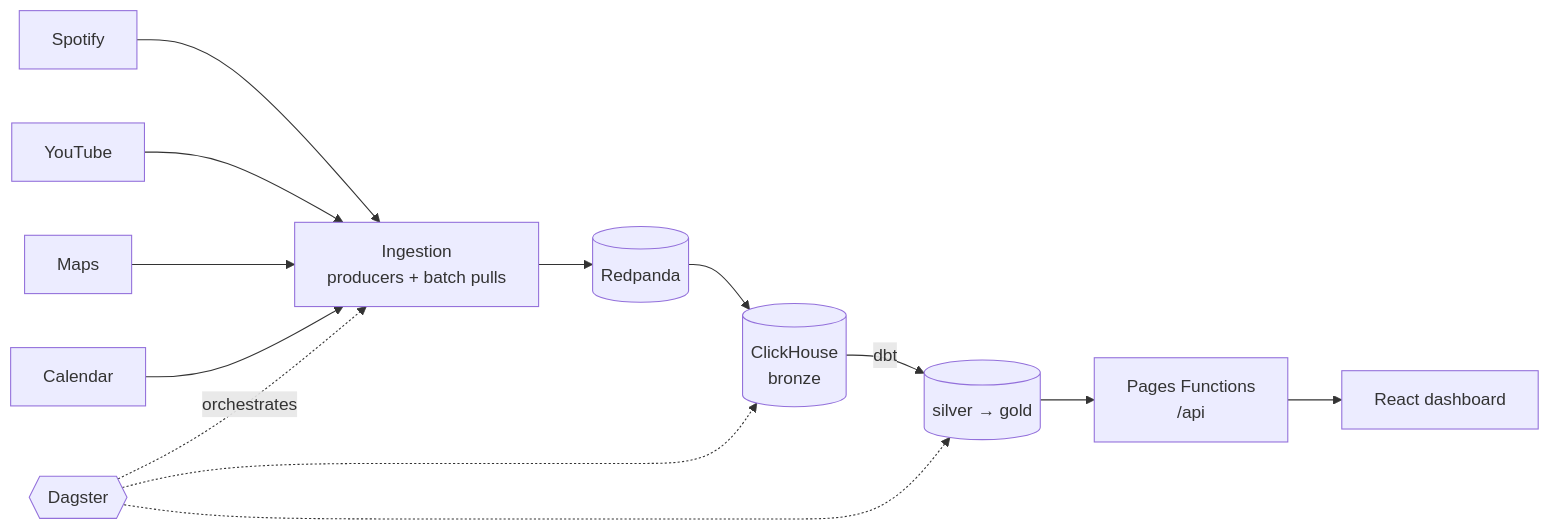
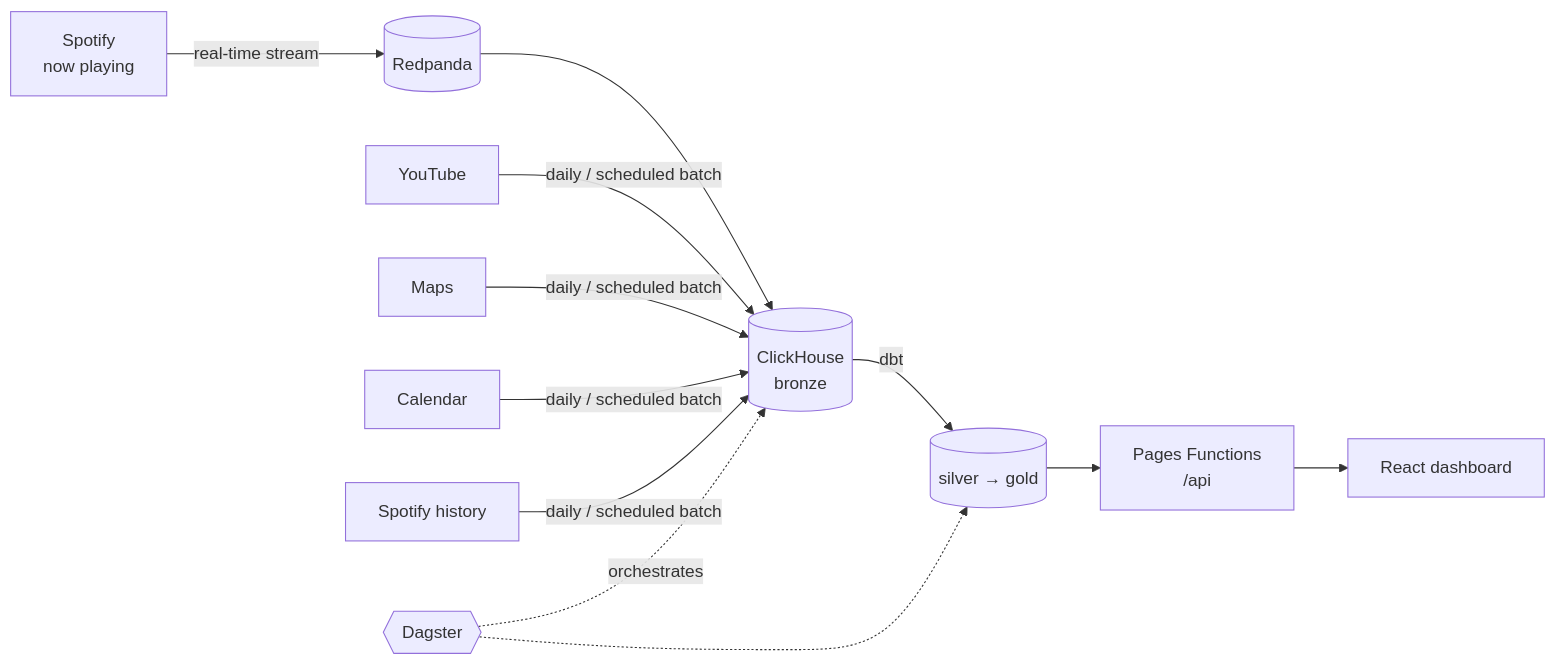
One commit to LucaLiverani/mylife-in-data changed the diagram in README.md. Above: the diagram before and after it, drawn with Mermaid. The commit also changed other lines of this file and 1 other file, not shown here.

Commit message:
docs: correct Redpanda scope to the Spotify now-playing stream
Redpanda only transports the real-time Spotify "now playing" signal (spotify.player.current -> ClickHouse Kafka engine). Every other source is a direct batch INSERT into bronze, so the docs no longer present Redpanda as a universal ingestion layer.

- README: rewrite the flow diagram and Ingest bullet; only now-playing streams through Redpanda, the rest batch-loads straight to bronze.
- DATA_MODEL: fix the source-inventory table (real bronze tables, not fake Kafka topics) and the Spotify stream-path note; spotify_plays_raw and the tracks/artists catalogs are batch INSERTs, not Redpanda topics.

````diff
--- a/README.md
+++ b/README.md
@@ -62,12 +62,11 @@
 ```mermaid
 flowchart LR
-    S[Spotify] & Y[YouTube] & M[Maps] & C[Calendar] --> ING[Ingestion<br/>producers + batch pulls]
-    ING --> RP[(Redpanda)]
+    S[Spotify<br/>now playing] -->|real-time stream| RP[(Redpanda)]
     RP --> BR[(ClickHouse<br/>bronze)]
+    Y[YouTube] & M[Maps] & C[Calendar] & SH[Spotify history] -->|daily / scheduled batch| BR
     BR -->|dbt| GOLD[(silver → gold)]
     GOLD --> FN[Pages Functions<br/>/api]
     FN --> UI[React dashboard]
-    DAG{{Dagster}} -. orchestrates .-> ING
-    DAG -.-> BR
+    DAG{{Dagster}} -. orchestrates .-> BR
     DAG -.-> GOLD
 ```
````
